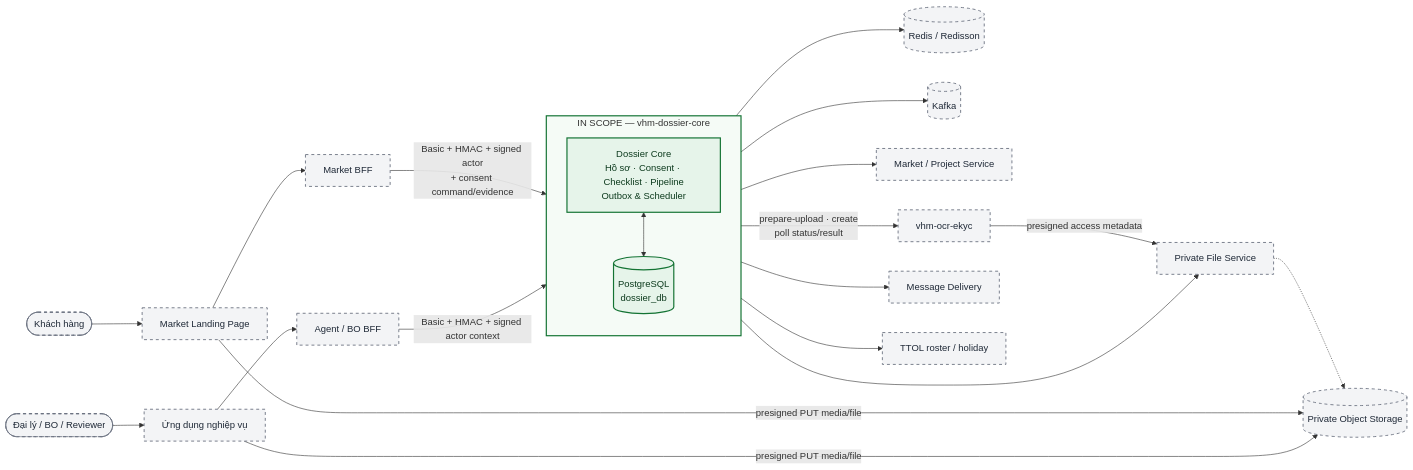
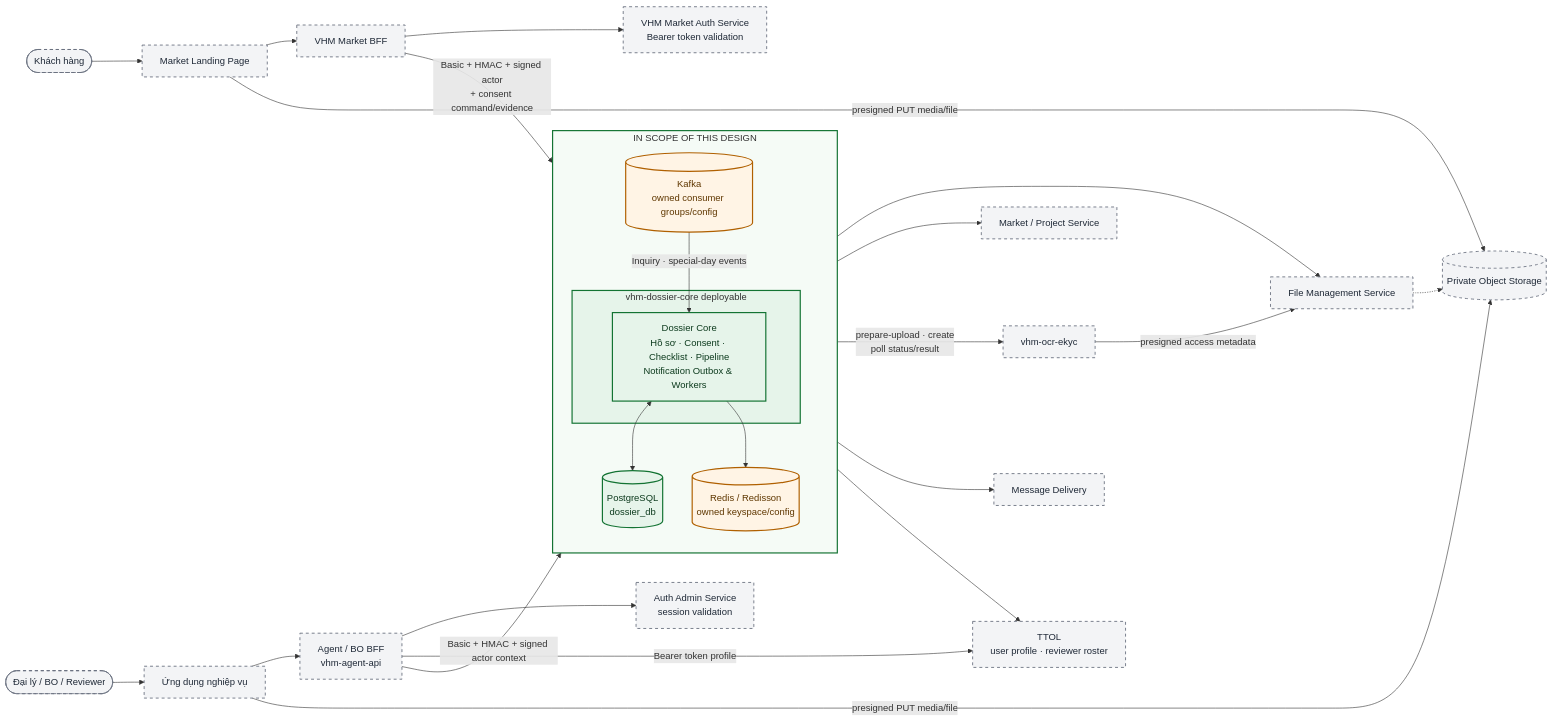
One commit to huynv-xyz/vhm changed the first of 17 diagrams in tdd-dossier.md. Above: the diagram before and after it, drawn with Mermaid. The commit also changed other lines of this file, not shown here.

````diff
--- a/tdd-dossier.md
+++ b/tdd-dossier.md
@@ -200,35 +200,45 @@
 ```mermaid
 flowchart LR
     classDef inScope fill:#E6F4EA,stroke:#137333,stroke-width:2px,color:#0D3B1E
+    classDef platformScope fill:#FFF4E5,stroke:#B06000,stroke-width:2px,color:#5F3700
     classDef external fill:#F3F4F6,stroke:#6B7280,stroke-width:1.5px,stroke-dasharray:5 5,color:#1F2937
 
     Customer([Khách hàng]) --> Landing[Market Landing Page]
-    Landing --> MBFF[Market BFF]
+    Landing --> MBFF[VHM Market BFF]
     Agent([Đại lý / BO / Reviewer]) --> Channel[Ứng dụng nghiệp vụ]
-    Channel --> ABFF[Agent / BO BFF]
+    Channel --> ABFF[Agent / BO BFF<br/>vhm-agent-api]
+    MBFF --> MAuth[VHM Market Auth Service<br/>Bearer token validation]
+    ABFF --> AgentAuth[Auth Admin Service<br/>session validation]
+    ABFF -->|Bearer token profile| TTOL
 
-    subgraph SCOPE[IN SCOPE — vhm-dossier-core]
+    subgraph SCOPE[IN SCOPE OF THIS DESIGN]
         direction TB
-        Core[Dossier Core<br/>Hồ sơ · Consent · Checklist · Pipeline<br/>Outbox & Scheduler]
+        subgraph APP[vhm-dossier-core deployable]
+            Core[Dossier Core<br/>Hồ sơ · Consent · Checklist · Pipeline<br/>Notification Outbox & Workers]
+        end
         PG[(PostgreSQL<br/>dossier_db)]
+        Redis[(Redis / Redisson<br/>owned keyspace/config)]
+        Kafka[(Kafka<br/>owned consumer groups/config)]
         Core <--> PG
+        Core --> Redis
+        Kafka -->|Inquiry · special-day events| Core
     end
 
     MBFF -->|Basic + HMAC + signed actor<br/>+ consent command/evidence| Core
     ABFF -->|Basic + HMAC + signed actor context| Core
-    Core --> Redis[(Redis / Redisson)]
-    Core --> Kafka[(Kafka)]
-    Core --> File[Private File Service]
+    Core --> File[File Management Service]
     Core --> Project[Market / Project Service]
     Core -->|prepare-upload · create<br/>poll status/result| OCR[vhm-ocr-ekyc]
     OCR -->|presigned access metadata| File
     File -.-> Store[(Private Object Storage)]
     Landing -->|presigned PUT media/file| Store
     Channel -->|presigned PUT media/file| Store
     Core --> Msg[Message Delivery]
-    Core --> TTOL[TTOL roster / holiday]
+    Core --> TTOL[TTOL<br/>user profile · reviewer roster]
 
     class Core,PG inScope
-    class Customer,Landing,MBFF,Agent,Channel,ABFF,Redis,Kafka,File,Store,Project,OCR,Msg,TTOL external
+    class Redis,Kafka platformScope
+    class Customer,Landing,MBFF,Agent,Channel,ABFF,MAuth,AgentAuth,File,Store,Project,OCR,Msg,TTOL external
     style SCOPE fill:#F5FBF6,stroke:#137333,stroke-width:2px
+    style APP fill:#E6F4EA,stroke:#137333,stroke-width:2px
 ```
````
